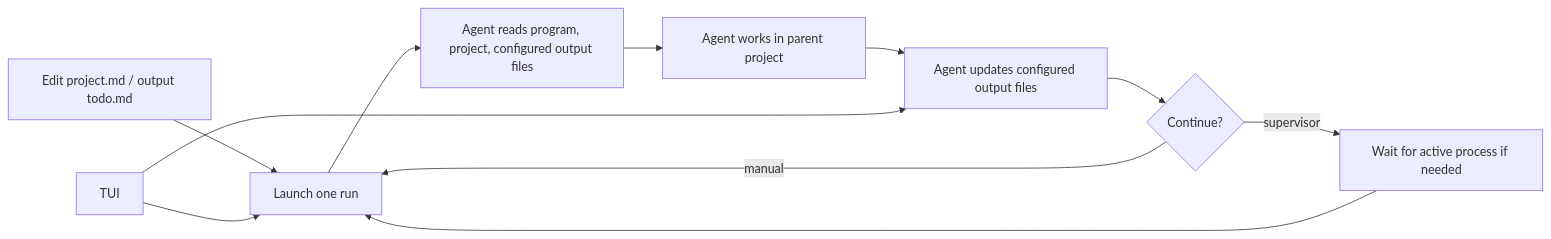
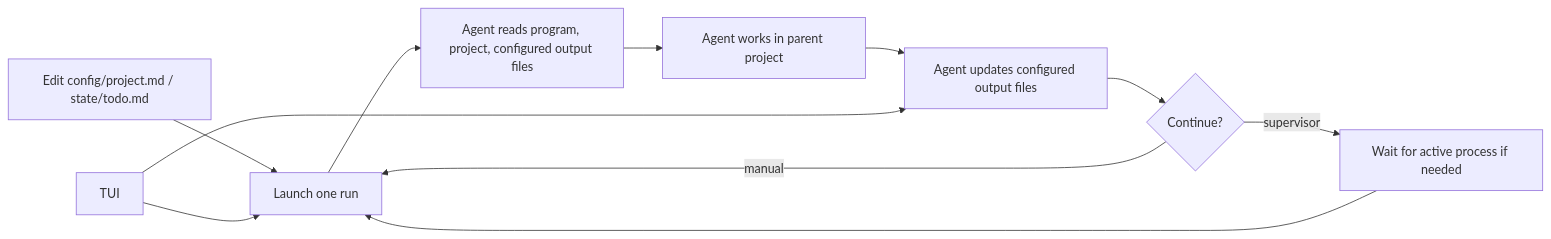
One commit to ChenGou-zheng/my-autoresearch changed the diagram in README.md. Above: the diagram before and after it, drawn with Mermaid. The commit also changed other lines of this file and 16 other files, not shown here.

````diff
--- a/README.md
+++ b/README.md
@@ -270,13 +278,13 @@
 ```mermaid
 flowchart LR
-    A["Edit project.md / output todo.md"] --> B["Launch one run"]
+    A["Edit config/project.md / state/todo.md"] --> B["Launch one run"]
     B --> C["Agent reads program, project, configured output files"]
     C --> D["Agent works in parent project"]
     D --> E["Agent updates configured output files"]
     E --> F{"Continue?"}
     F -->|"manual"| B
     F -->|"supervisor"| G["Wait for active process if needed"]
     G --> B
     T["TUI"] --> E
     T --> B
 ```
````
